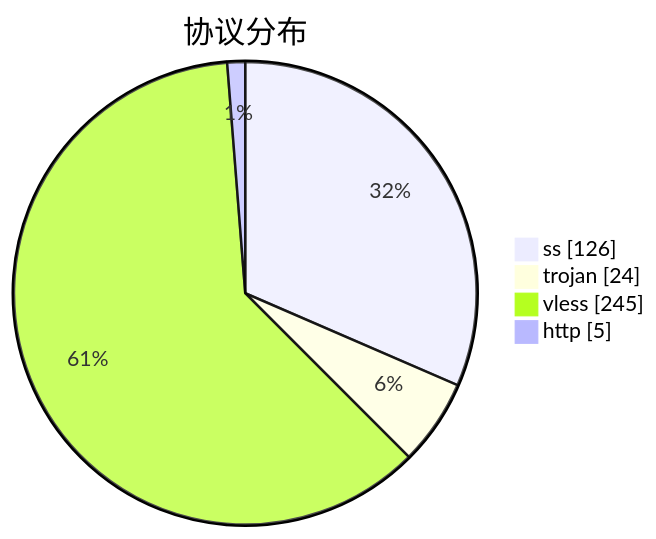
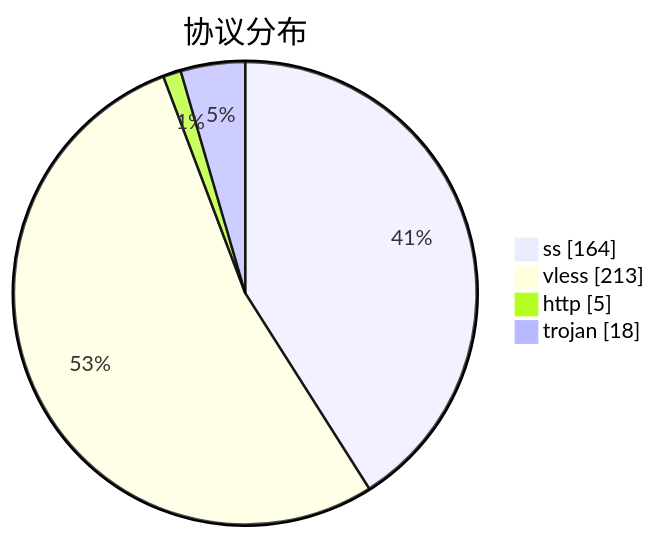
Before and after one commit to qjlxg/airport: the third of 3 diagrams in subs/statistics/tested_within.md, drawn with Mermaid. The commit also changed other lines of this file and 2 other files, not shown here.

````diff
--- a/subs/statistics/tested_within.md
+++ b/subs/statistics/tested_within.md
@@ -35,8 +35,8 @@
 ```mermaid
 pie showData
 title 协议分布
-"ss" : 126
-"trojan" : 24
-"vless" : 245
+"ss" : 164
+"vless" : 213
 "http" : 5
+"trojan" : 18
 ```
````
